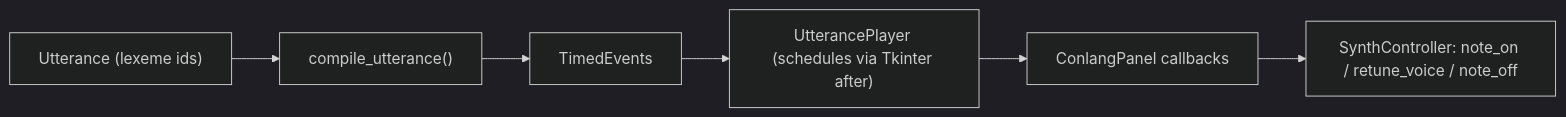
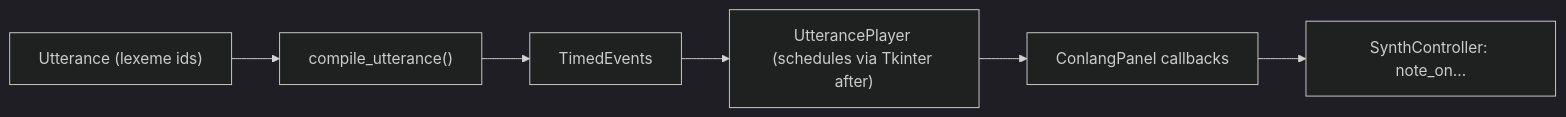
One commit to flowdevloping/teensy-synthesizer changed the diagram in README.md. Above: the diagram before and after it, drawn with Mermaid (dark theme). The commit also changed other lines of this file, not shown here.

````diff
--- a/README.md
+++ b/README.md
@@ -241,8 +238,9 @@
 ```mermaid
 flowchart LR
   utterance["Utterance (lexeme ids)"] --> compile["compile_utterance()"]
   compile --> events["TimedEvents"]
   events --> player["UtterancePlayer (schedules via Tkinter after)"]
   player --> panel["ConlangPanel callbacks"]
-  panel --> synth["SynthController: note_on / retune_voice / note_off"]
+  panel --> synth["SynthController: note_on..."]
+
 ```
````
